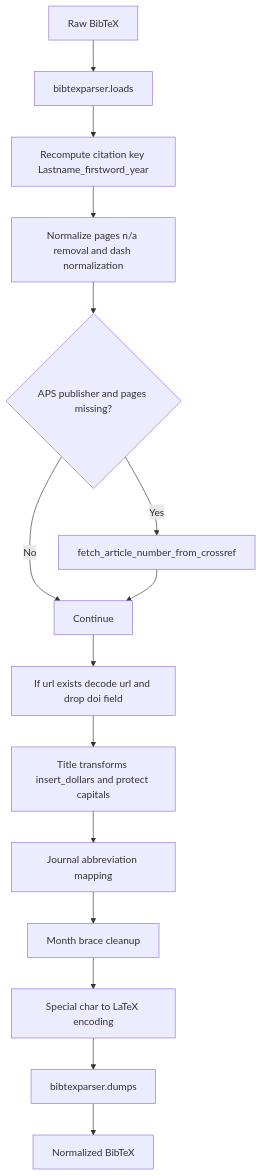
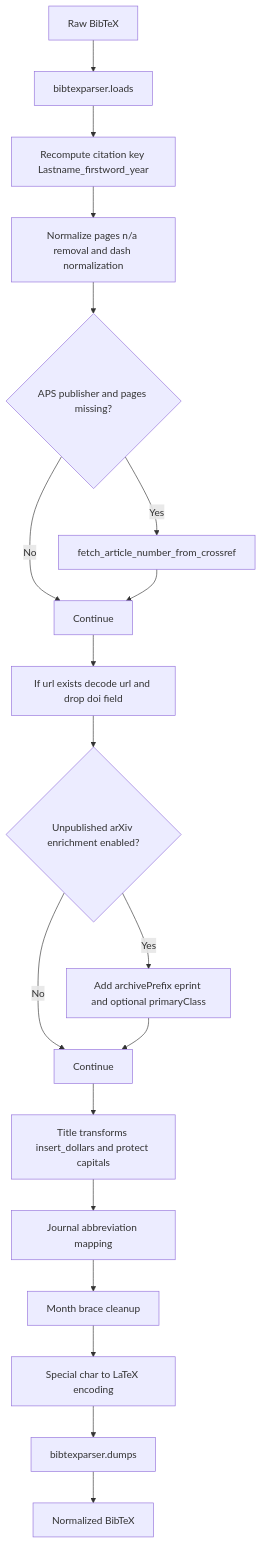
The fourth of 4 diagrams in docs/ALGORITHM_VISUALS.md (archisman-panigrahi/doi2bib3), drawn with Mermaid before and after one commit. The commit also changed other lines of this file and 1 other file, not shown here.

````diff
--- a/docs/ALGORITHM_VISUALS.md
+++ b/docs/ALGORITHM_VISUALS.md
@@ -68,17 +73,21 @@
 ```mermaid
 flowchart TD
     A[Raw BibTeX] --> B[bibtexparser.loads]
     B --> C[Recompute citation key Lastname_firstword_year]
     C --> D[Normalize pages n/a removal and dash normalization]
     D --> E{APS publisher and pages missing?}
     E -->|Yes| F[fetch_article_number_from_crossref]
     E -->|No| G[Continue]
     F --> G
     G --> H[If url exists decode url and drop doi field]
-    H --> I[Title transforms insert_dollars and protect capitals]
-    I --> J[Journal abbreviation mapping]
-    J --> K[Month brace cleanup]
-    K --> L[Special char to LaTeX encoding]
-    L --> M[bibtexparser.dumps]
-    M --> N[Normalized BibTeX]
+    H --> I{Unpublished arXiv enrichment enabled?}
+    I -->|Yes| J[Add archivePrefix eprint and optional primaryClass]
+    I -->|No| K[Continue]
+    J --> K
+    K --> L[Title transforms insert_dollars and protect capitals]
+    L --> M[Journal abbreviation mapping]
+    M --> N[Month brace cleanup]
+    N --> O[Special char to LaTeX encoding]
+    O --> P[bibtexparser.dumps]
+    P --> Q[Normalized BibTeX]
 ```
````
